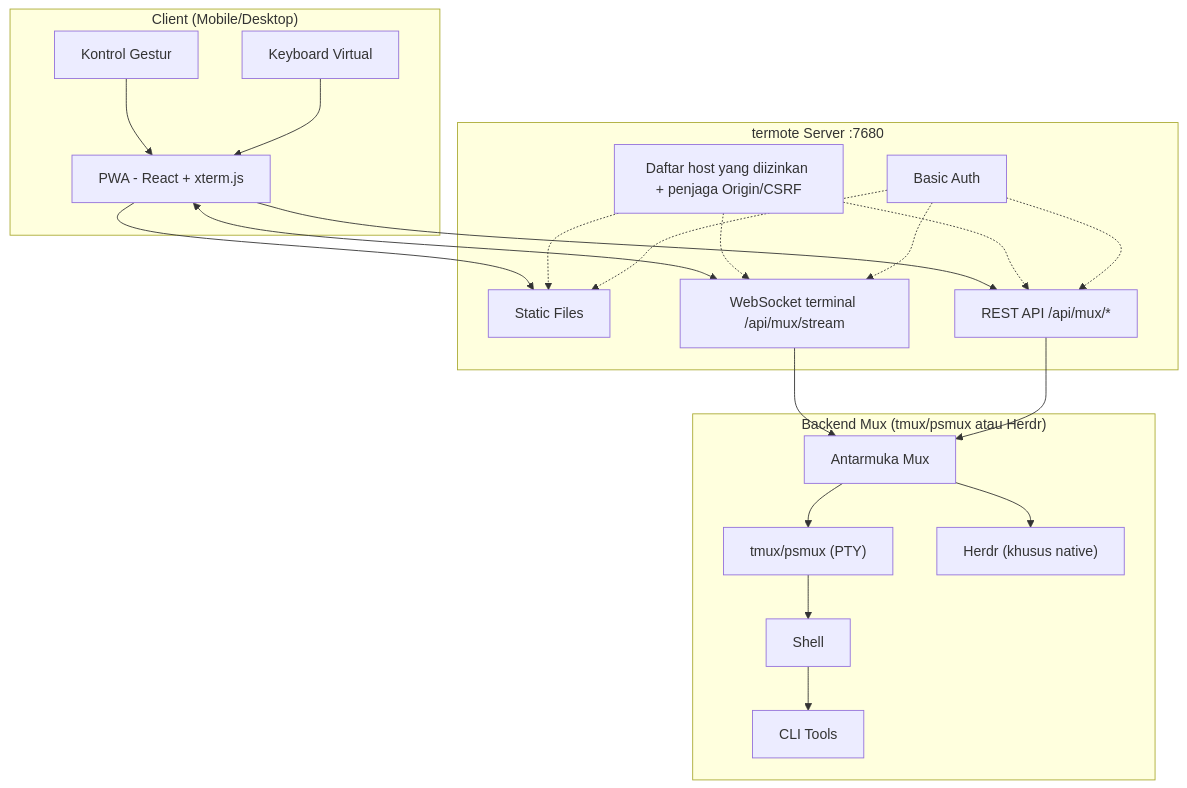
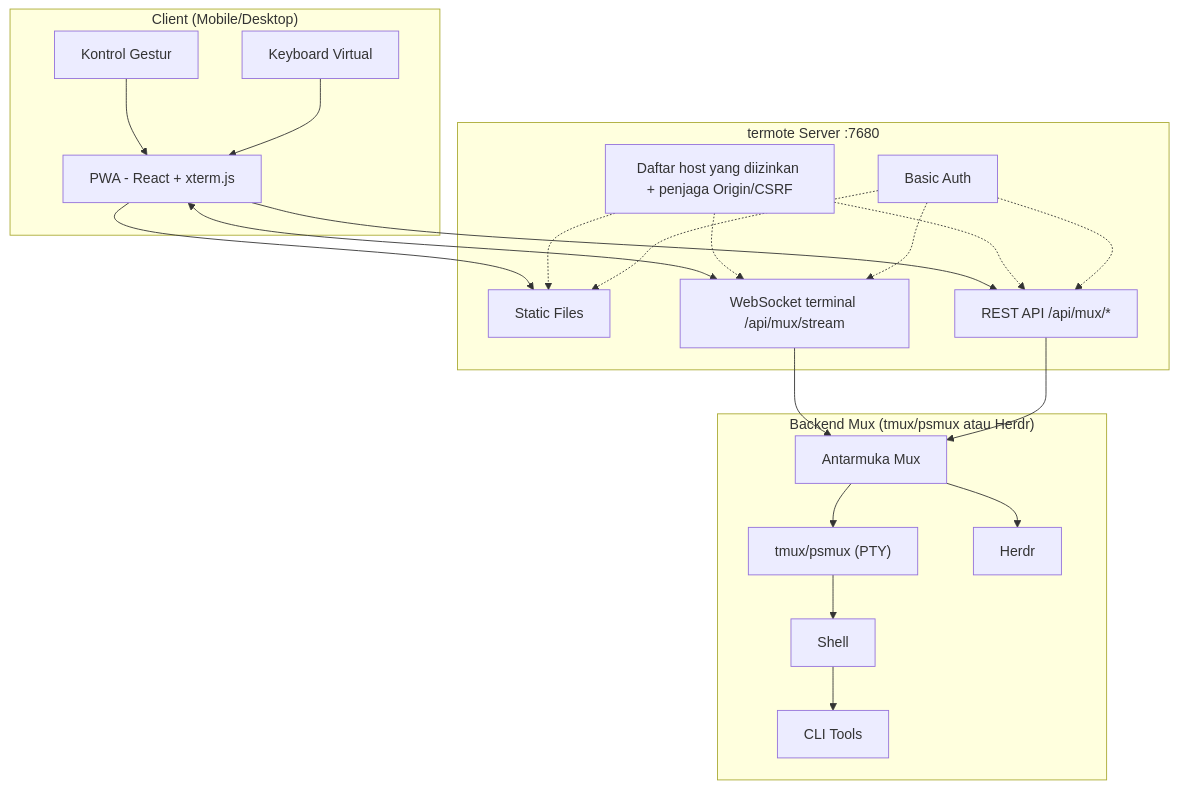
Before and after one commit to lamngockhuong/termote: the first of 2 diagrams in README.id.md, drawn with Mermaid. The commit also changed other lines of this file and 36 other files, not shown here.

````diff
--- a/README.id.md
+++ b/README.id.md
@@ -65,36 +65,36 @@
 ```mermaid
 flowchart TB
     subgraph Client["Client (Mobile/Desktop)"]
         PWA["PWA - React + xterm.js"]
         Gestures["Kontrol Gestur"]
         Keyboard["Keyboard Virtual"]
     end
 
     subgraph Server["termote Server :7680"]
         Static["Static Files"]
         Stream["WebSocket terminal /api/mux/stream"]
         API["REST API /api/mux/*"]
         Guard["Daftar host yang diizinkan + penjaga Origin/CSRF"]
         Auth["Basic Auth"]
     end
 
     subgraph Backend["Backend Mux (tmux/psmux atau Herdr)"]
         Mux["Antarmuka Mux"]
         tmux["tmux/psmux (PTY)"]
-        herdr["Herdr (khusus native)"]
+        herdr["Herdr"]
         Shell["Shell"]
         Tools["CLI Tools"]
     end
 
     Gestures --> PWA
     Keyboard --> PWA
     PWA --> Static
     PWA <--> Stream
     PWA --> API
     Guard -.-> Static & Stream & API
     Auth -.-> Static & Stream & API
     Stream --> Mux
     API --> Mux
     Mux --> tmux & herdr
     tmux --> Shell --> Tools
 ```
````
